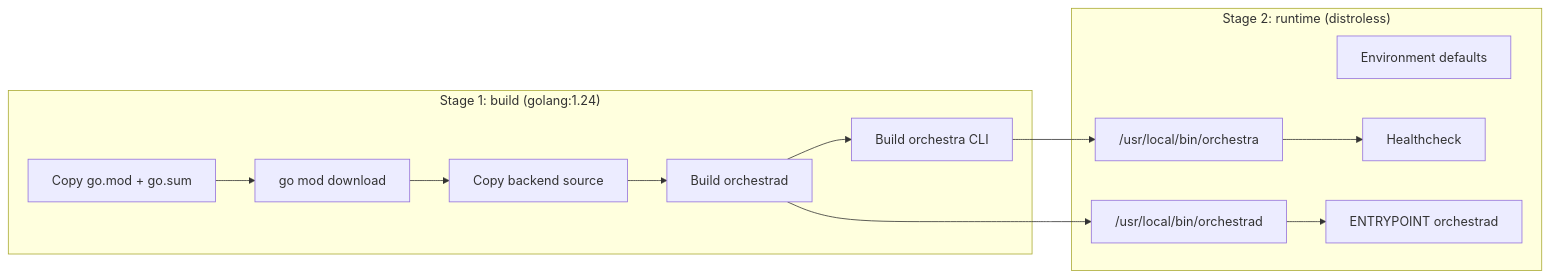
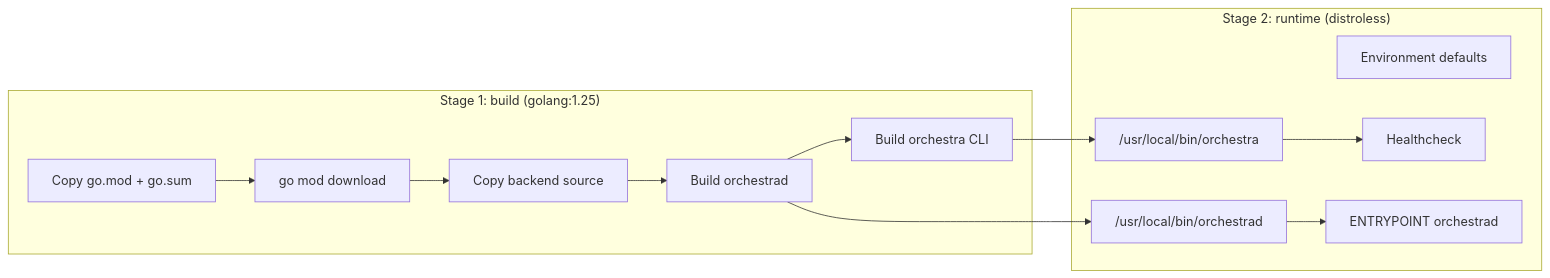
One commit to bradAGI/Orchestra changed the first of 2 diagrams in docs/operations/docker.md. Above: the diagram before and after it, drawn with Mermaid. The commit also changed other lines of this file and 2 other files, not shown here.

Commit message:
fix: update Go version to 1.25 in Dockerfile and docs, remove elixir reference
Dockerfile.backend and docker.md referenced golang:1.24 but go.mod
requires 1.25.3. Also replace legacy elixir project reference in
.codex/worktree_init.sh with Orchestra-appropriate setup steps.

````diff
--- a/docs/operations/docker.md
+++ b/docs/operations/docker.md
@@ -9,24 +9,24 @@
 ```mermaid
 flowchart LR
-    subgraph Stage1["Stage 1: build (golang:1.24)"]
+    subgraph Stage1["Stage 1: build (golang:1.25)"]
         COPY_MOD[Copy go.mod + go.sum]
         MOD_DL[go mod download]
         COPY_SRC[Copy backend source]
         BUILD_D[Build orchestrad]
         BUILD_C[Build orchestra CLI]
     end
 
     subgraph Stage2["Stage 2: runtime (distroless)"]
         BIN_D["/usr/local/bin/orchestrad"]
         BIN_C["/usr/local/bin/orchestra"]
         ENV[Environment defaults]
         HC[Healthcheck]
         EP[ENTRYPOINT orchestrad]
     end
 
     COPY_MOD --> MOD_DL --> COPY_SRC --> BUILD_D --> BUILD_C
     BUILD_D --> BIN_D
     BUILD_C --> BIN_C
     BIN_D --> EP
     BIN_C --> HC
 ```
````
